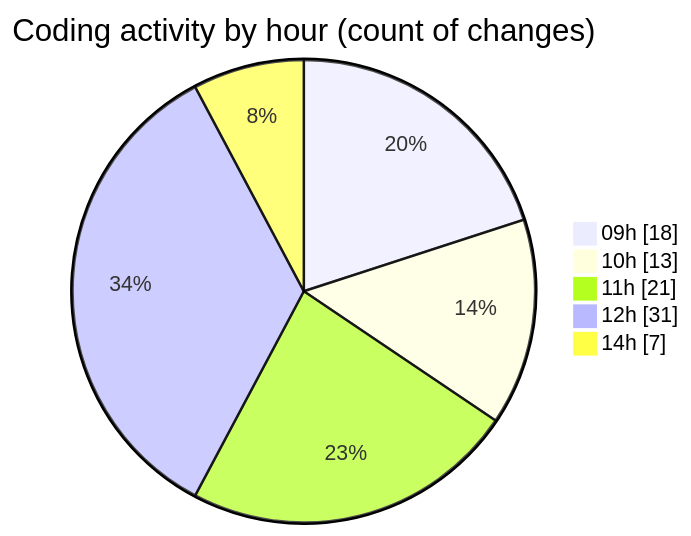
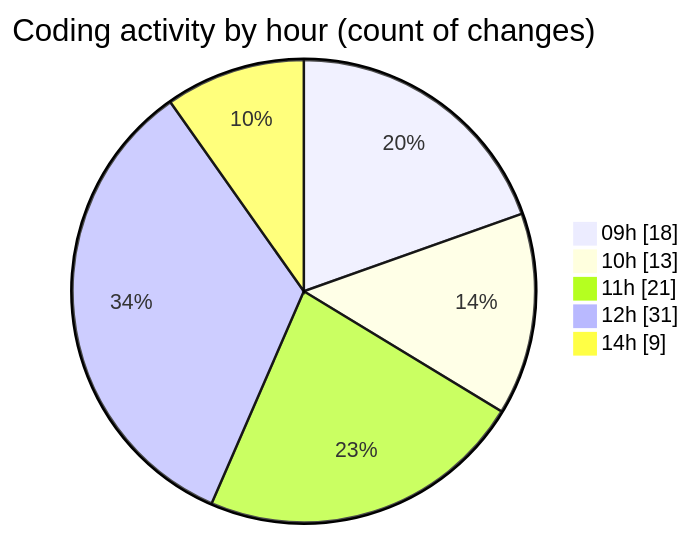
One commit to momahboobian/code-tracking changed the second of 2 diagrams in 2026-08-12/cda/README.md. Above: the diagram before and after it, drawn with Mermaid. The commit also changed other lines of this file and 1 other file, not shown here.

````diff
--- a/2026-08-12/cda/README.md
+++ b/2026-08-12/cda/README.md
@@ -57,9 +58,9 @@
 ```mermaid
 pie showData
 title Coding activity by hour (count of changes)
 "09h" : 18
 "10h" : 13
 "11h" : 21
 "12h" : 31
-"14h" : 7
+"14h" : 9
 ```
````
